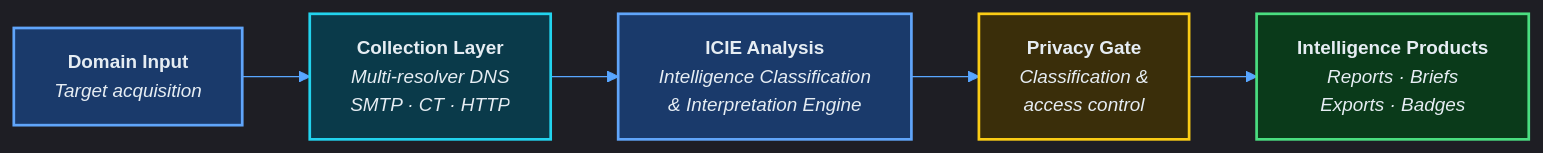
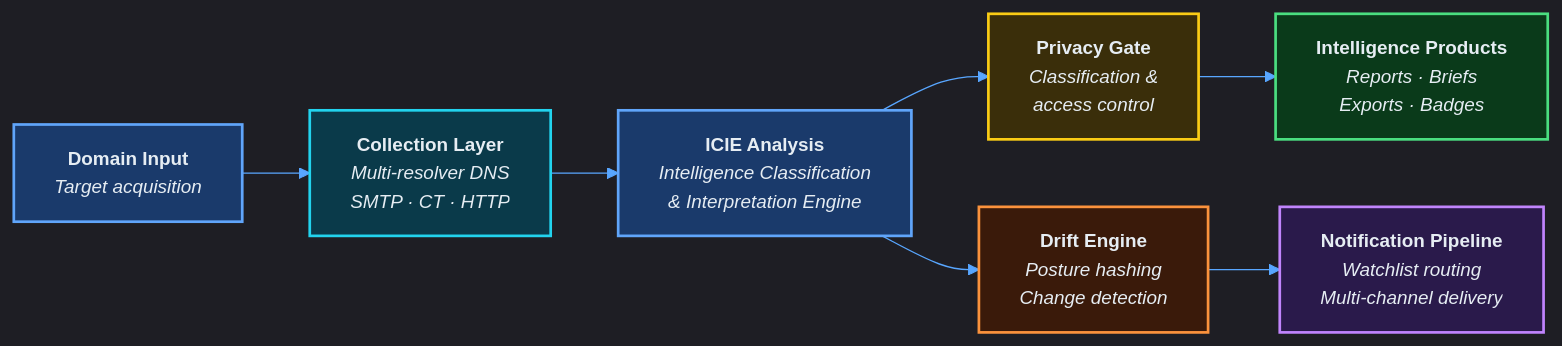
One commit to IT-Help-San-Diego/off-site-backup changed the diagram in docs/diagrams/intelligence-pipeline.mmd. Above: the diagram before and after it, drawn with Mermaid. The commit also changed 718 other files, not shown here.

```diff
--- a/docs/diagrams/intelligence-pipeline.mmd
+++ b/docs/diagrams/intelligence-pipeline.mmd
@@ -1,11 +1,15 @@
 %%{ init: { 'theme': 'dark', 'themeVariables': { 'primaryColor': '#1e3a5f', 'primaryTextColor': '#e6edf3', 'primaryBorderColor': '#58a6ff', 'lineColor': '#58a6ff', 'secondaryColor': '#0c1018', 'tertiaryColor': '#111720', 'fontSize': '14px' } } }%%
 graph LR
     A["<b>Domain Input</b><br/><i>Target acquisition</i>"]:::blue --> B["<b>Collection Layer</b><br/><i>Multi-resolver DNS</i><br/><i>SMTP · CT · HTTP</i>"]:::cyan
     B --> C["<b>ICIE Analysis</b><br/><i>Intelligence Classification</i><br/><i>&amp; Interpretation Engine</i>"]:::blue
     C --> D["<b>Privacy Gate</b><br/><i>Classification &amp;</i><br/><i>access control</i>"]:::amber
     D --> E["<b>Intelligence Products</b><br/><i>Reports · Briefs</i><br/><i>Exports · Badges</i>"]:::green
+    C --> F["<b>Drift Engine</b><br/><i>Posture hashing</i><br/><i>Change detection</i>"]:::drift
+    F --> G["<b>Notification Pipeline</b><br/><i>Watchlist routing</i><br/><i>Multi-channel delivery</i>"]:::purple
 
     classDef blue fill:#1a3a6b,stroke:#60a5fa,stroke-width:2px,color:#e6edf3
     classDef cyan fill:#0a3a4a,stroke:#22d3ee,stroke-width:2px,color:#e6edf3
     classDef amber fill:#3a2e0a,stroke:#facc15,stroke-width:2px,color:#e6edf3
     classDef green fill:#0a3a1a,stroke:#4ade80,stroke-width:2px,color:#e6edf3
+    classDef purple fill:#2a1a4b,stroke:#c084fc,stroke-width:2px,color:#e6edf3
+    classDef drift fill:#3a1a0a,stroke:#fb923c,stroke-width:2px,color:#e6edf3
```
